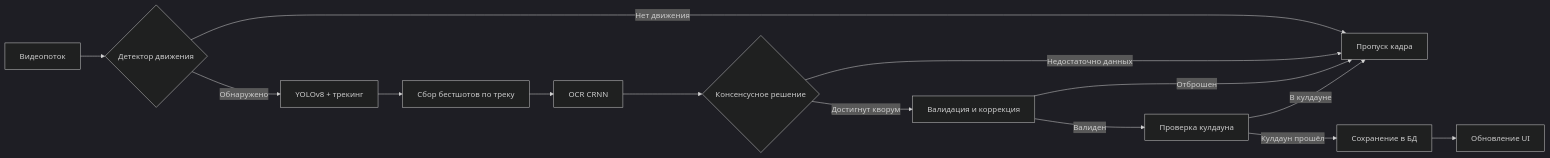
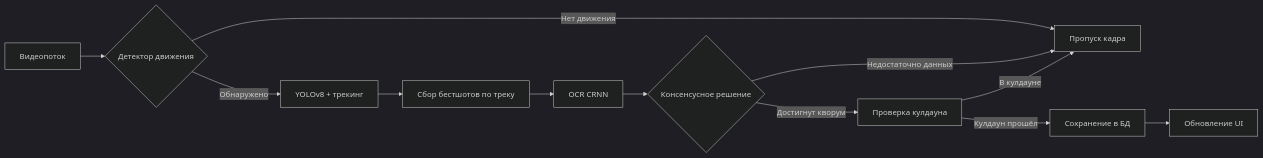
One commit to quick-1y/ANPR-System-v0.4 changed the diagram in README.md. Above: the diagram before and after it, drawn with Mermaid (dark theme). The commit also changed other lines of this file and 19 other files, not shown here.

````diff
--- a/README.md
+++ b/README.md
@@ -138,16 +129,14 @@
 ```mermaid
 flowchart LR
     A[Видеопоток] --> B{Детектор движения}
     B -->|Обнаружено| C[YOLOv8 + трекинг]
     B -->|Нет движения| Z[Пропуск кадра]
     C --> D[Сбор бестшотов по треку]
     D --> E[OCR CRNN]
     E --> F{Консенсусное решение}
-    F -->|Достигнут кворум| V[Валидация и коррекция]
+    F -->|Достигнут кворум| G[Проверка кулдауна]
     F -->|Недостаточно данных| Z
-    V -->|Валиден| G[Проверка кулдауна]
-    V -->|Отброшен| Z
     G -->|Кулдаун прошёл| H[Сохранение в БД]
     G -->|В кулдауне| Z
     H --> I[Обновление UI]
 ```
````
